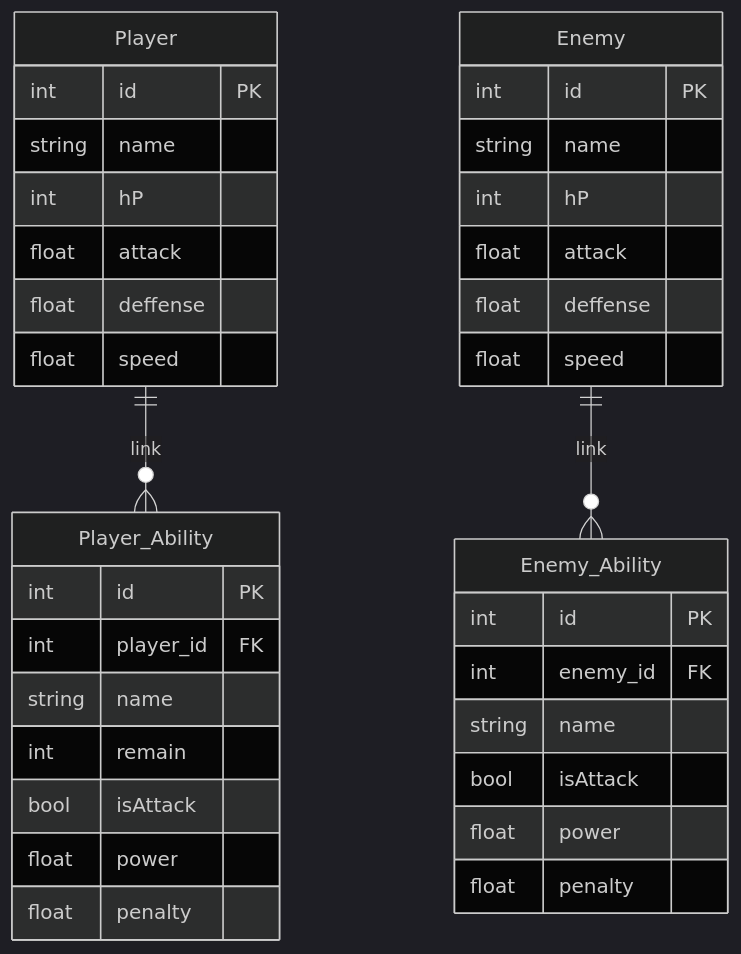
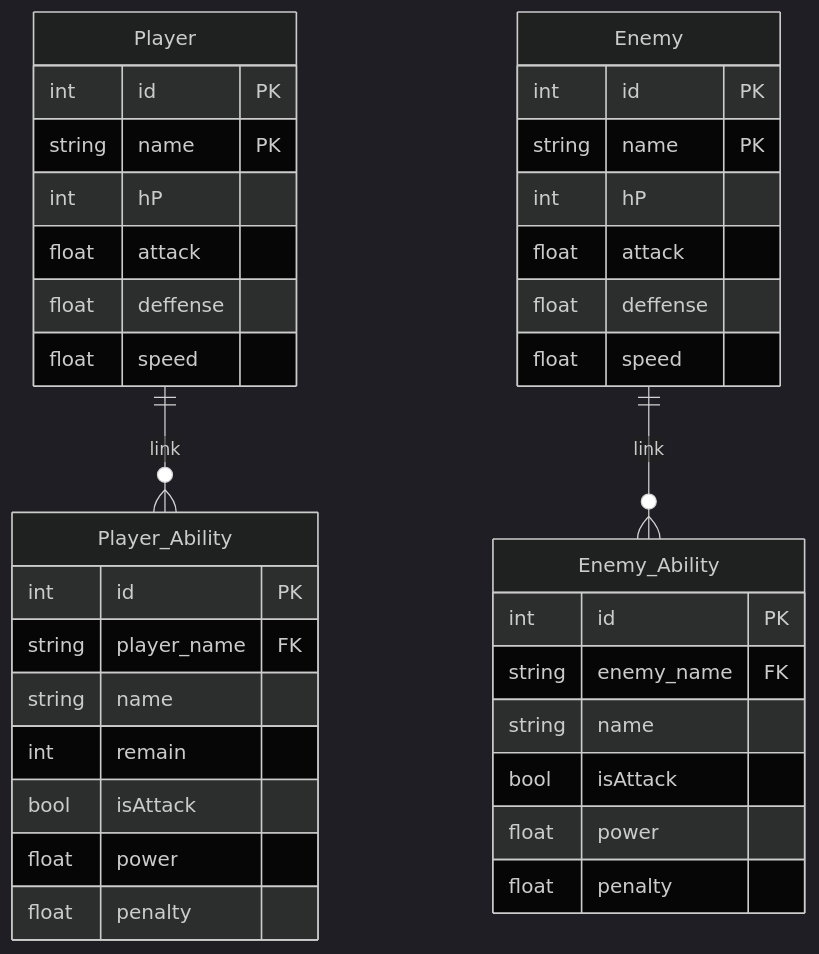
Before and after one commit to OzuAkira/Dissidia-oo-like: the first of 3 diagrams in README.md, drawn with Mermaid (dark theme).

````diff
--- a/README.md
+++ b/README.md
@@ -3,40 +3,40 @@
 ```mermaid
 erDiagram
   Player{
   int id PK
-  string name
+  string name PK
   int hP
   float attack
   float deffense
   float speed
 }
 
   Player_Ability{
   int id PK
-  int player_id FK
+  string player_name FK
   string name
   int remain
   bool isAttack
   float power
   float penalty
 }
 Enemy{
   int id PK
-  string name
+  string name PK
   int hP
   float attack
   float deffense
   float speed
 }
 Enemy_Ability{
   int id PK
-  int enemy_id FK
+  string enemy_name FK
   string name
   bool isAttack
   float power
   float penalty
 }
 
 Player||--o{Player_Ability : link
 Enemy||--o{Enemy_Ability : link
 ```
````
